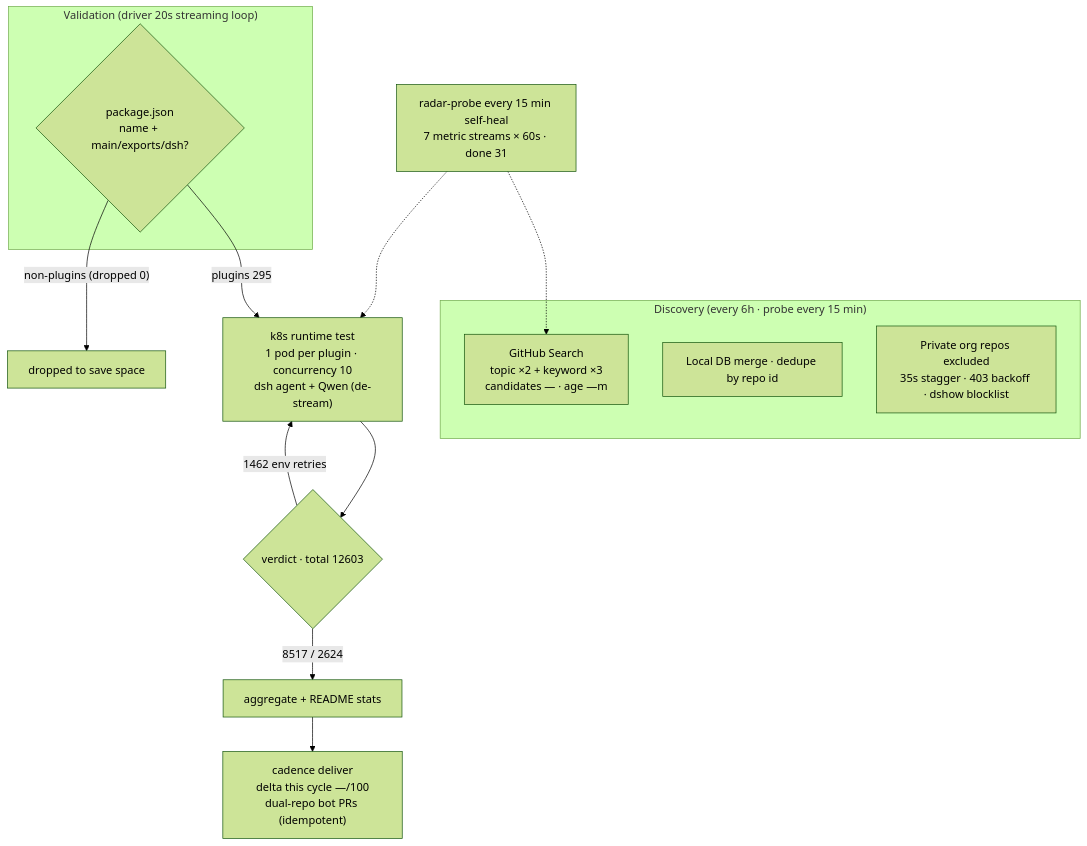
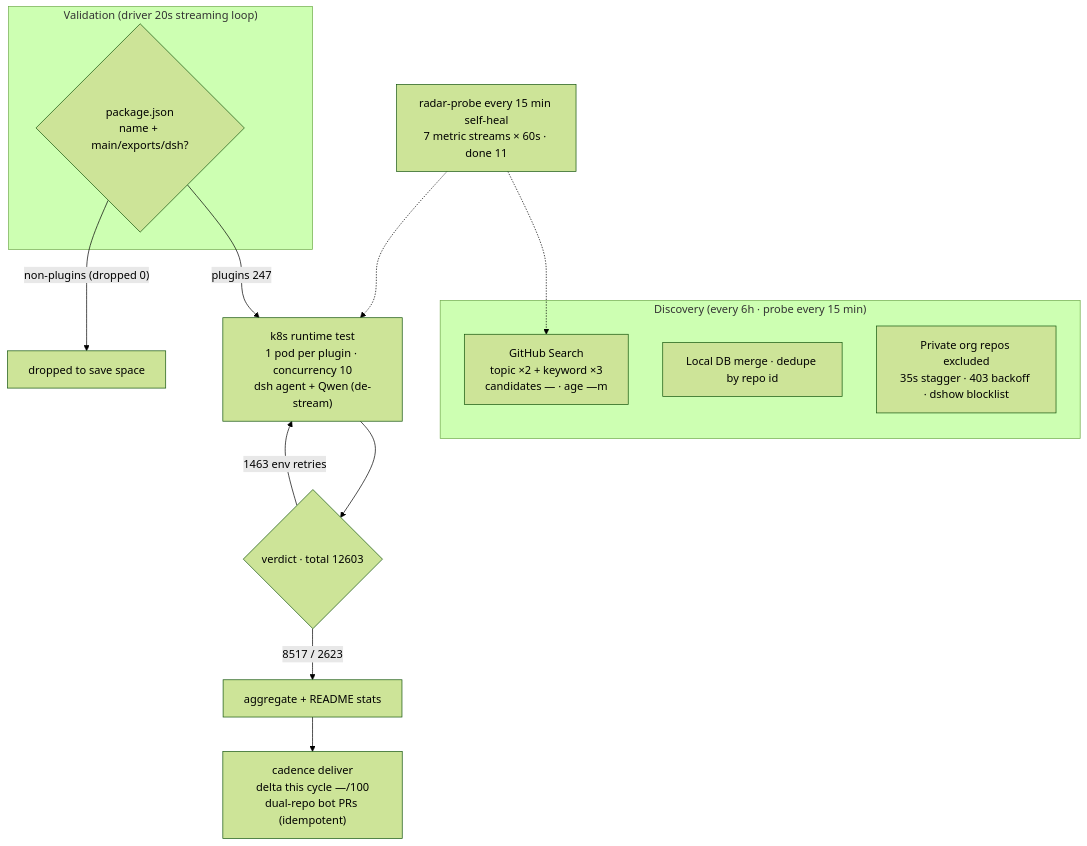
Before and after one commit to AdamPlatin123/awesome-dsh-plugins: the diagram in README.en-US.md, drawn with Mermaid (forest theme). The commit also changed other lines of this file and 5 other files, not shown here.

````diff
--- a/README.en-US.md
+++ b/README.en-US.md
@@ -45,20 +45,20 @@
 ```mermaid
 flowchart TB
     subgraph Discovery["Discovery (every 6h · probe every 15 min)"]
         A1["GitHub Search<br/>topic ×2 + keyword ×3<br/>candidates — · age —m"]
         A2["Local DB merge · dedupe by repo id"]
         A3["Private org repos excluded<br/>35s stagger · 403 backoff · dshow blocklist"]
     end
     subgraph Validation["Validation (driver 20s streaming loop)"]
         B1{"package.json<br/>name + main/exports/dsh?"}
     end
-    B1 -->|"plugins 295"| C1["k8s runtime test<br/>1 pod per plugin · concurrency 10<br/>dsh agent + Qwen (de-stream)"]
+    B1 -->|"plugins 247"| C1["k8s runtime test<br/>1 pod per plugin · concurrency 10<br/>dsh agent + Qwen (de-stream)"]
     B1 -->|"non-plugins (dropped 0)"| B3["dropped to save space"]
     C1 --> D1{"verdict · total 12603"}
-    D1 -->|"8517 / 2624"| E1["aggregate + README stats"]
-    D1 -->|"1462 env retries"| C1
+    D1 -->|"8517 / 2623"| E1["aggregate + README stats"]
+    D1 -->|"1463 env retries"| C1
     E1 --> E2["cadence deliver<br/>delta this cycle —/100<br/>dual-repo bot PRs (idempotent)"]
-    M["radar-probe every 15 min self-heal<br/>7 metric streams × 60s · done 31"]
+    M["radar-probe every 15 min self-heal<br/>7 metric streams × 60s · done 11"]
     M -.-> A1
     M -.-> C1
 ```
````
